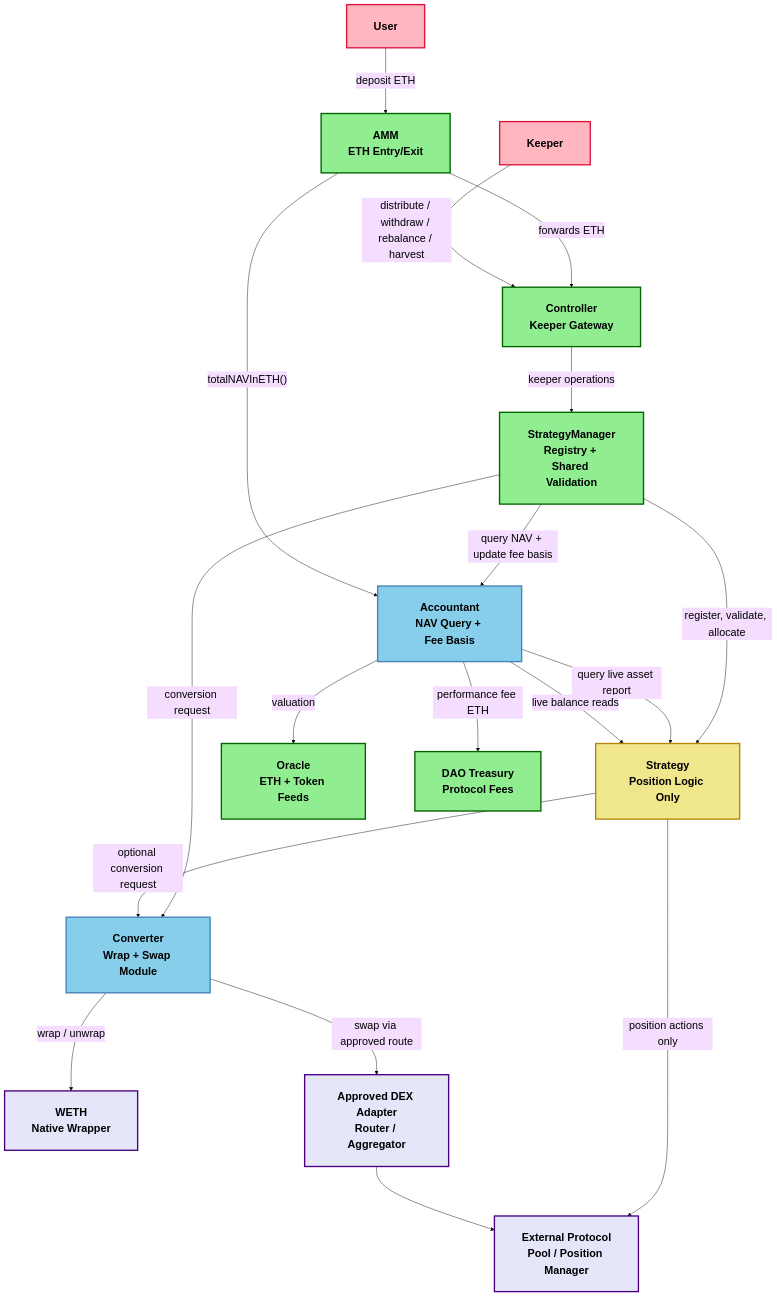
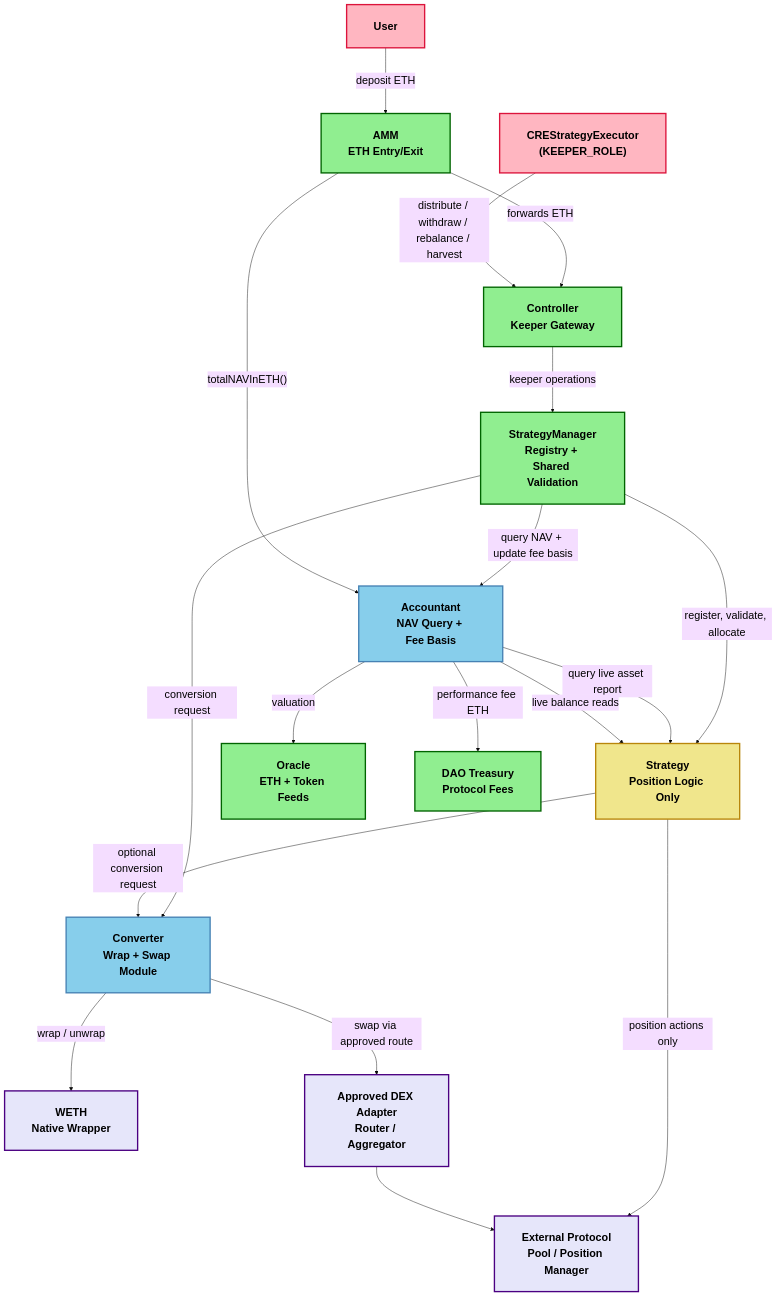
The first of 6 diagrams in mermaid/converter-accountant.md (everstrat-xyz/contracts), drawn with Mermaid before and after one commit. The commit also changed 20 other files, not shown here.

````diff
--- a/mermaid/converter-accountant.md
+++ b/mermaid/converter-accountant.md
@@ -65,51 +65,51 @@
 ```mermaid
 %%{init: {'theme':'base', 'themeVariables': { 'fontSize': '24px', 'primaryTextColor': '#000000'}, 'flowchart': {'nodeSpacing': 110, 'rankSpacing': 110, 'padding': 30}}}%%
 graph TB
     User["User"]
-    Keeper["Keeper"]
+    Keeper["CREStrategyExecutor<br/>(KEEPER_ROLE)"]
     AMM["AMM<br/>ETH Entry/Exit"]
     Controller["Controller<br/>Keeper Gateway"]
     StrategyManager["StrategyManager<br/>Registry + Shared Validation"]
     Accounting["Accountant<br/>NAV Query + Fee Basis"]
     Converter["Converter<br/>Wrap + Swap Module"]
     Strategy["Strategy<br/>Position Logic Only"]
     UniPool["External Protocol<br/>Pool / Position Manager"]
     WETH["WETH<br/>Native Wrapper"]
     Router["Approved DEX Adapter<br/>Router / Aggregator"]
     Oracle["Oracle<br/>ETH + Token Feeds"]
     Treasury["DAO Treasury<br/>Protocol Fees"]
 
     User -->|"deposit ETH"| AMM
     AMM -->|"forwards ETH"| Controller
     Keeper -->|"distribute / withdraw / rebalance / harvest"| Controller
     Controller -->|"keeper operations"| StrategyManager
 
     StrategyManager -->|"register, validate, allocate"| Strategy
     StrategyManager -->|"conversion request"| Converter
     StrategyManager -->|"query NAV + update fee basis"| Accounting
 
     Strategy -->|"position actions only"| UniPool
     Accounting -->|"query live asset report"| Strategy
     Strategy -->|"optional conversion request"| Converter
 
     Converter -->|"wrap / unwrap"| WETH
     Converter -->|"swap via approved route"| Router
     Router --> UniPool
 
     Accounting -->|"valuation"| Oracle
     Accounting -->|"performance fee ETH"| Treasury
     AMM -->|"totalNAVInETH()"| Accounting
     Accounting -->|"live balance reads"| Strategy
 
     classDef core fill:#90EE90,stroke:#006400,stroke-width:3px,font-weight:bold,color:#000000
     classDef module fill:#87CEEB,stroke:#4682B4,stroke-width:3px,font-weight:bold,color:#000000
     classDef strategy fill:#F0E68C,stroke:#B8860B,stroke-width:3px,font-weight:bold,color:#000000
     classDef external fill:#E6E6FA,stroke:#4B0082,stroke-width:3px,font-weight:bold,color:#000000
     classDef actor fill:#FFB6C1,stroke:#DC143C,stroke-width:3px,font-weight:bold,color:#000000
 
     class AMM,Controller,StrategyManager,Oracle,Treasury core
     class Accounting,Converter module
     class Strategy strategy
     class UniPool,WETH,Router external
     class User,Keeper actor
 ```
````
